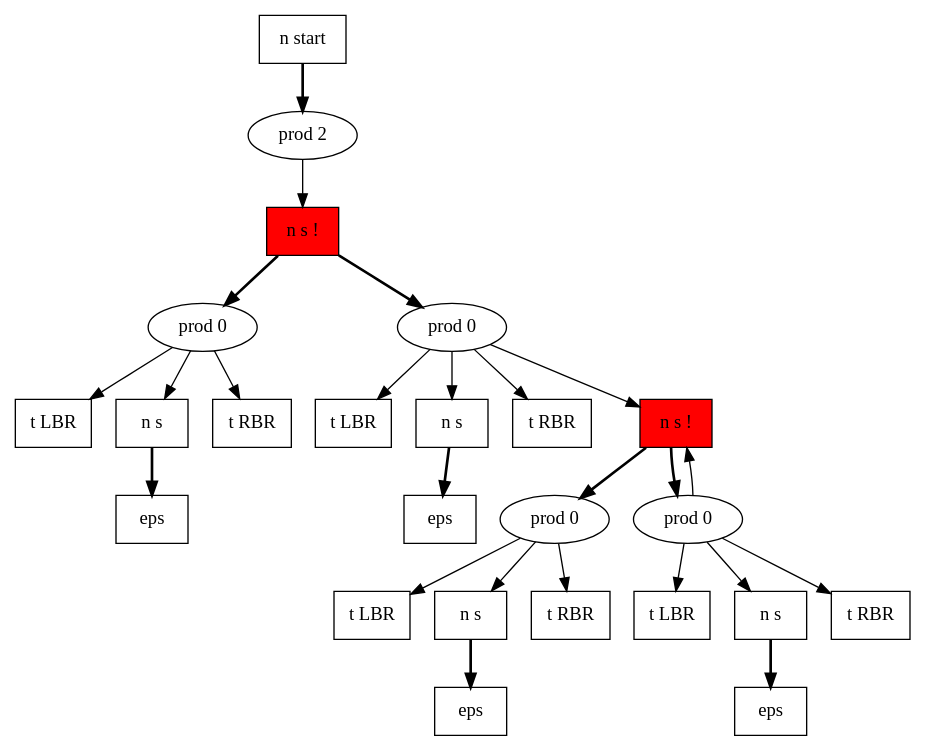
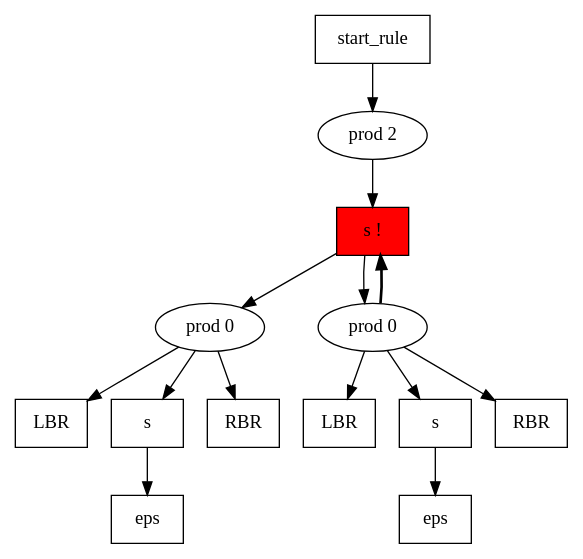
Before and after one commit to YaccConstructor/articles: the diagram in 2015/PSI/slides/pictures/out3.dot, drawn with Graphviz. The commit also changed 1 other file, not shown here.

```diff
--- a/2015/PSI/slides/pictures/out3.dot
+++ b/2015/PSI/slides/pictures/out3.dot
@@ -1,50 +1,28 @@
 digraph AST {
-    2 [label="n start",shape=box]
+    2 [label="start_rule",shape=box]
     4 [label="prod 2"]
-    2 -> 4 [style=bold,width=10]
+    2 -> 4 []
     4 -> 1 []
-    1 [label="n s !",style="filled",fillcolor=red,shape=box]
+    1 [label="s !",style="filled",fillcolor=red,shape=box]
     5 [label="prod 0"]
-    1 -> 5 [style=bold,width=10]
-    6 [label="t LBR",shape=box]
+    1 -> 5 []
+    6 [label="LBR",shape=box]
     5 -> 6 []
-    7 [label="n s",shape=box]
+    7 [label="s",shape=box]
     8 [label="eps",shape=box]
-    7 -> 8 [style=bold,width=10]
+    7 -> 8 []
     5 -> 7 []
-    9 [label="t RBR",shape=box]
+    9 [label="RBR",shape=box]
     5 -> 9 []
     10 [label="prod 0"]
-    1 -> 10 [style=bold,width=10]
-    11 [label="t LBR",shape=box]
+    1 -> 10 []
+    11 [label="LBR",shape=box]
     10 -> 11 []
-    12 [label="n s",shape=box]
+    12 [label="s",shape=box]
     13 [label="eps",shape=box]
-    12 -> 13 [style=bold,width=10]
+    12 -> 13 []
     10 -> 12 []
-    14 [label="t RBR",shape=box]
+    14 [label="RBR",shape=box]
     10 -> 14 []
-    10 -> 0 []
-    0 [label="n s !",style="filled",fillcolor=red,shape=box]
-    15 [label="prod 0"]
-    0 -> 15 [style=bold,width=10]
-    16 [label="t LBR",shape=box]
-    15 -> 16 []
-    17 [label="n s",shape=box]
-    18 [label="eps",shape=box]
-    17 -> 18 [style=bold,width=10]
-    15 -> 17 []
-    19 [label="t RBR",shape=box]
-    15 -> 19 []
-    20 [label="prod 0"]
-    0 -> 20 [style=bold,width=10]
-    21 [label="t LBR",shape=box]
-    20 -> 21 []
-    22 [label="n s",shape=box]
-    23 [label="eps",shape=box]
-    22 -> 23 [style=bold,width=10]
-    20 -> 22 []
-    24 [label="t RBR",shape=box]
-    20 -> 24 []
-    20 -> 0 []
+    10 -> 1 [style=bold,width=10]
 }
```
